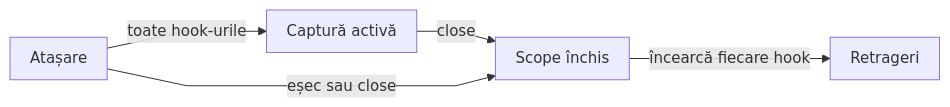
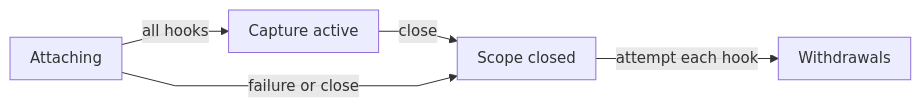
One commit to crististefanita/atf_j0 changed the ninth of 9 diagrams in atf-ui/README.md. Above: the diagram before and after it, drawn with Mermaid. The commit also changed other lines of this file and 113 other files, not shown here.

````diff
--- a/atf-ui/README.md
+++ b/atf-ui/README.md
@@ -866,8 +910,8 @@
 ```mermaid
 %%{init: {"themeVariables":{"fontSize":"15px"},"themeCSS":".nodeLabel, .nodeLabel p { font-size: 15px !important; line-height: 1.35 !important; } .edgeLabel, .edgeLabel p { font-size: 12px !important; font-weight: 400 !important; line-height: 1.2 !important; } .edgeLabel .labelBkg, .edgeLabel p { background: transparent !important; } .edgeLabel foreignObject { transform: translateY(-18px); overflow: visible; } .node rect { rx: 6px; ry: 6px; }","flowchart":{"curve":"linear","nodeSpacing":24,"rankSpacing":40,"padding":10,"diagramPadding":16}}}%%
 flowchart LR
-    Pending["Atașare"] -->|toate hook-urile| Active["Captură activă"]
-    Active -->|close| Closed["Scope închis"]
-    Pending -->|eșec sau close| Closed
-    Closed -->|încearcă fiecare hook| Release["Retrageri"]
+    Pending["Attaching"] -->|all hooks| Active["Capture active"]
+    Active -->|close| Closed["Scope closed"]
+    Pending -->|failure or close| Closed
+    Closed -->|attempt each hook| Release["Withdrawals"]
 ```
````
